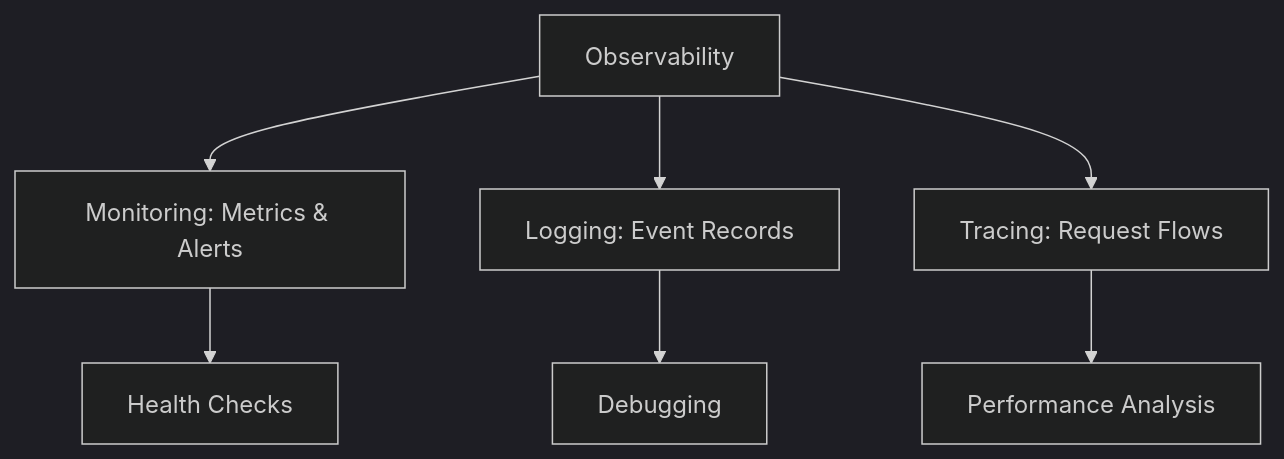
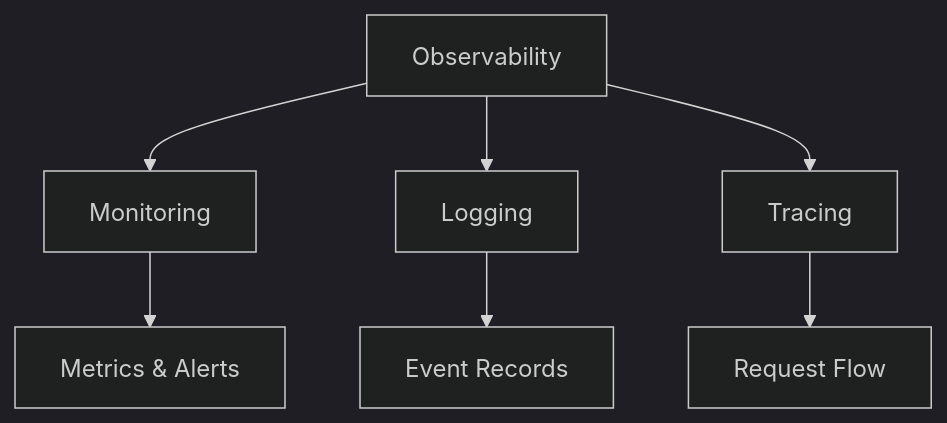
One commit to VrushankPatel/interview-matters changed the diagram in monitoring-and-logging/README.md. Above: the diagram before and after it, drawn with Mermaid (dark theme). The commit also changed other lines of this file and 1 other file, not shown here.

Commit message:
kb: add/update topics LLD HLD Basics, Replication vs Sharding vs Partitioning, Caching, Latency and Throughput Zero to Hero, Monitoring and Logging

````diff
--- a/monitoring-and-logging/README.md
+++ b/monitoring-and-logging/README.md
@@ -35,9 +51,9 @@
 ```mermaid
 graph TD
-    A[Observability] --> B[Monitoring: Metrics & Alerts]
-    A --> C[Logging: Event Records]
-    A --> D[Tracing: Request Flows]
-    B --> E[Health Checks]
-    C --> F[Debugging]
-    D --> G[Performance Analysis]
+    A[Observability] --> B[Monitoring]
+    A --> C[Logging]
+    A --> D[Tracing]
+    B --> E[Metrics & Alerts]
+    C --> F[Event Records]
+    D --> G[Request Flow]
 ```
````
